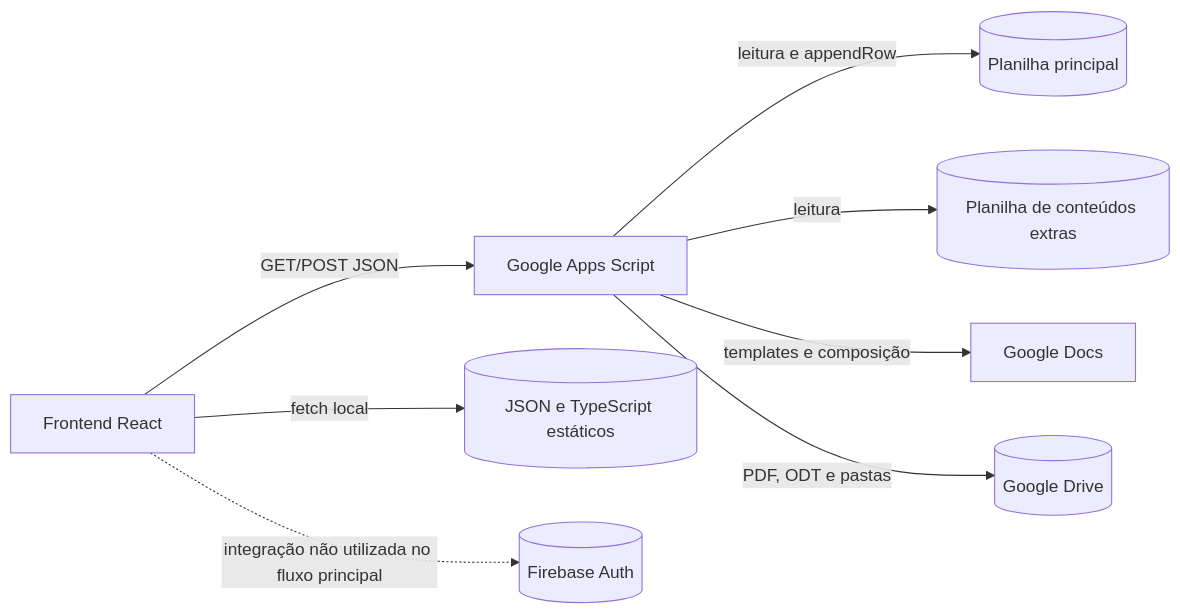
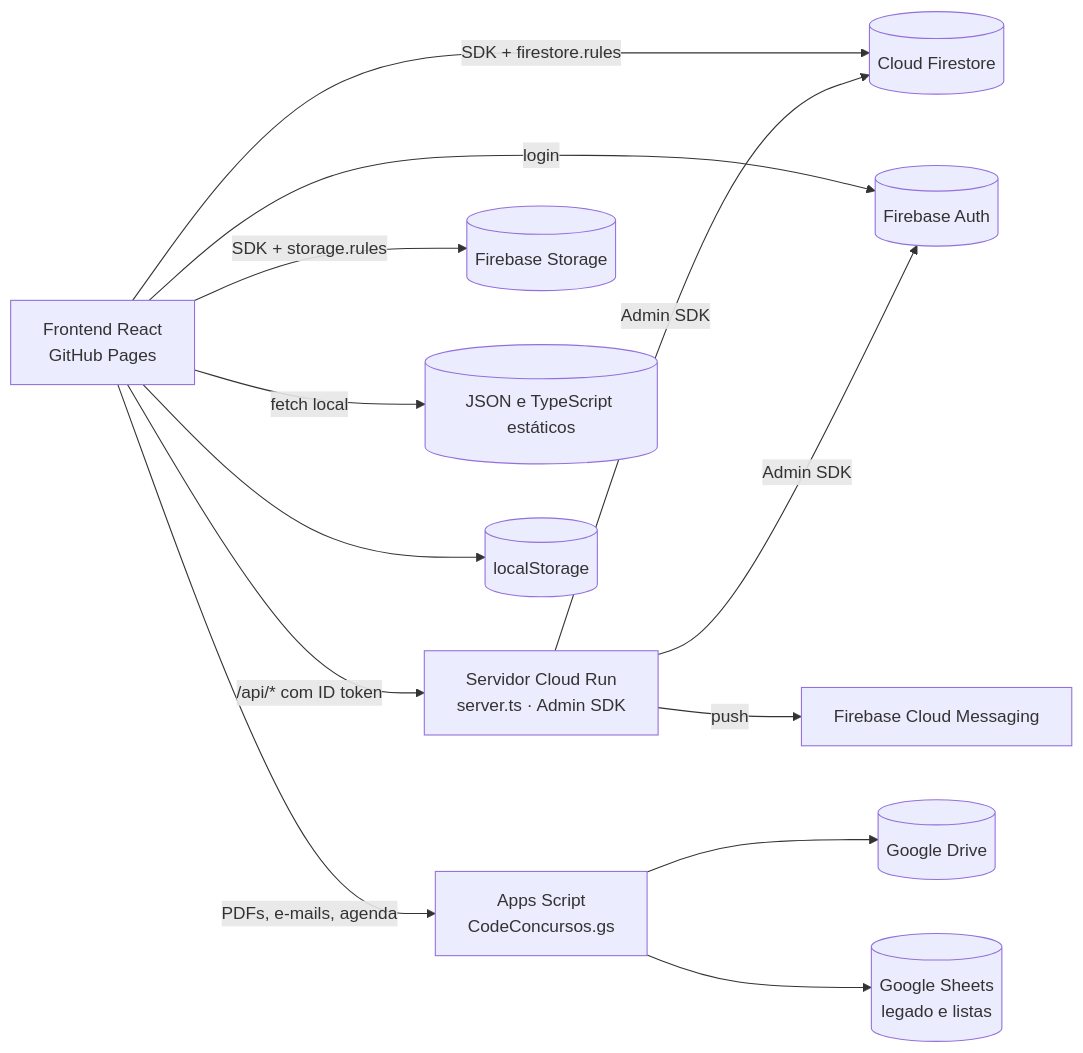
The first of 4 diagrams in docs/database.md (Mauriston/DoencasEPareceresJRS), drawn with Mermaid before and after one commit. The commit also changed other lines of this file and 4 other files, not shown here.

````diff
--- a/docs/database.md
+++ b/docs/database.md
@@ -22,21 +25,29 @@
 ```mermaid
 flowchart LR
-    FE[Frontend React]
-    GAS[Google Apps Script]
+    FE[Frontend React<br/>GitHub Pages]
+    RUN[Servidor Cloud Run<br/>server.ts · Admin SDK]
+    GAS[Apps Script<br/>CodeConcursos.gs]
 
-    MAIN[(Planilha principal)]
-    EXTRAS[(Planilha de conteúdos extras)]
+    FS[(Cloud Firestore)]
+    ST[(Firebase Storage)]
+    AUTH[(Firebase Auth)]
     DRIVE[(Google Drive)]
-    DOCS[Google Docs]
+    SHEETS[(Google Sheets<br/>legado e listas)]
+    FCM[Firebase Cloud Messaging]
     STATIC[(JSON e TypeScript estáticos)]
-    FIREBASE[(Firebase Auth)]
+    LS[(localStorage)]
 
+    FE -->|SDK + firestore.rules| FS
+    FE -->|SDK + storage.rules| ST
+    FE -->|login| AUTH
     FE -->|fetch local| STATIC
-    FE -->|GET/POST JSON| GAS
-    FE -. integração não utilizada no fluxo principal .-> FIREBASE
+    FE --> LS
+    FE -->|/api/* com ID token| RUN
+    FE -->|PDFs, e-mails, agenda| GAS
 
-    GAS -->|leitura e appendRow| MAIN
-    GAS -->|leitura| EXTRAS
-    GAS -->|templates e composição| DOCS
-    GAS -->|PDF, ODT e pastas| DRIVE
+    RUN -->|Admin SDK| FS
+    RUN -->|Admin SDK| AUTH
+    RUN -->|push| FCM
+    GAS --> DRIVE
+    GAS --> SHEETS
 ```
````
